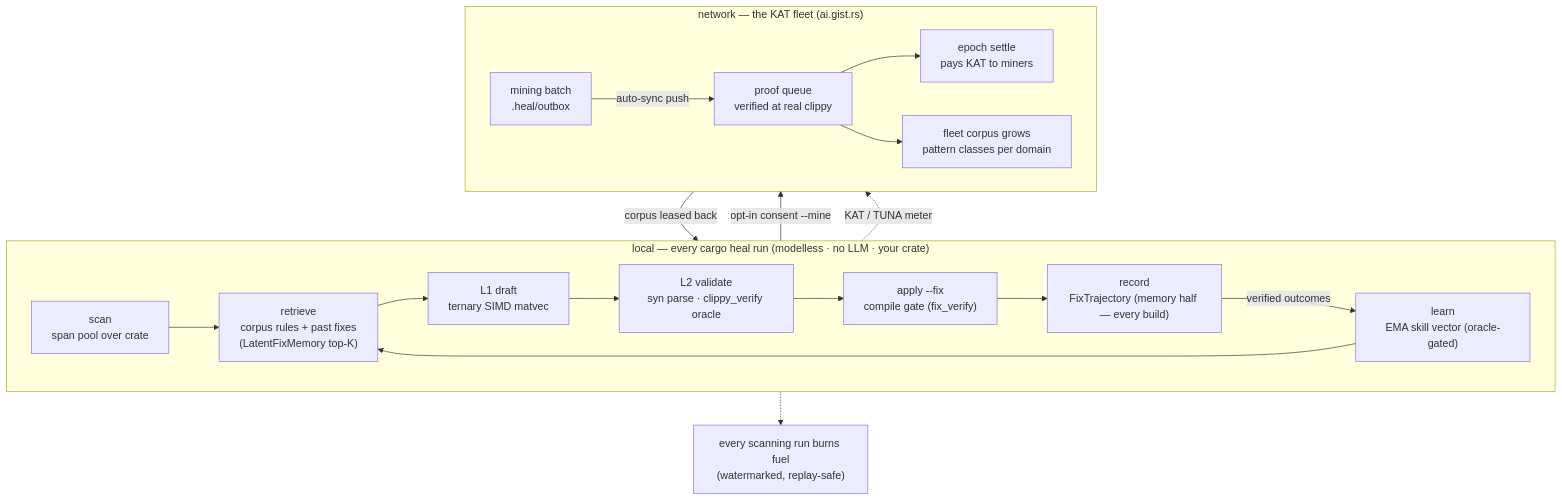
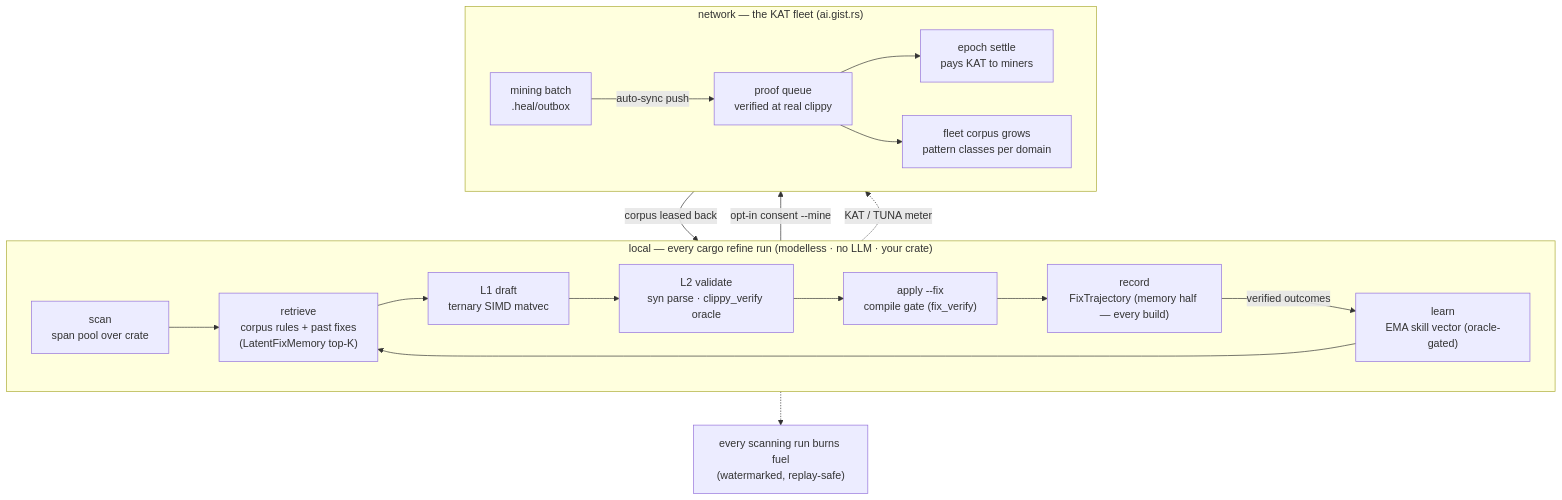
The second of 2 diagrams in .docs/10_self_evolve/self_evolve_flow.md (riir-ai/riir-refine), drawn with Mermaid before and after one commit. The commit also changed other lines of this file and 37 other files, not shown here.

Commit message:
docs: the refine rename records — plan 192, proposal 018 status, HISTORY entry + the living-docs sweep (AGENTS/README/.docs/skills/.distill now say cargo refine)

````diff
--- a/.docs/10_self_evolve/self_evolve_flow.md
+++ b/.docs/10_self_evolve/self_evolve_flow.md
@@ -42,26 +42,26 @@
 ```mermaid
 flowchart TB
-    subgraph LOCAL["local — every cargo heal run (modelless · no LLM · your crate)"]
+    subgraph LOCAL["local — every cargo refine run (modelless · no LLM · your crate)"]
         direction LR
         SCAN["scan<br/>span pool over crate"] --> RET["retrieve<br/>corpus rules + past fixes<br/>(LatentFixMemory top-K)"]
         RET --> DRAFT["L1 draft<br/>ternary SIMD matvec"]
         DRAFT --> VAL["L2 validate<br/>syn parse · clippy_verify oracle"]
         VAL --> FIX["apply --fix<br/>compile gate (fix_verify)"]
         FIX --> REC["record<br/>FixTrajectory (memory half — every build)"]
         REC -->|"verified outcomes"| LEARN["learn<br/>EMA skill vector (oracle-gated)"]
         LEARN --> RET
     end
 
     REC -->|"opt-in consent --mine"| OUT["mining batch<br/>.heal/outbox"]
 
     subgraph NET["network — the KAT fleet (ai.gist.rs)"]
         direction LR
         OUT -->|"auto-sync push"| PROOF["proof queue<br/>verified at real clippy"]
         PROOF --> SETTLE["epoch settle<br/>pays KAT to miners"]
         PROOF --> GROW["fleet corpus grows<br/>pattern classes per domain"]
     end
 
     GROW -->|"corpus leased back"| RET
     SCAN -.->|"KAT / TUNA meter"| SETTLE
     SCAN -.-> BURN["every scanning run burns fuel<br/>(watermarked, replay-safe)"]
 ```
````
